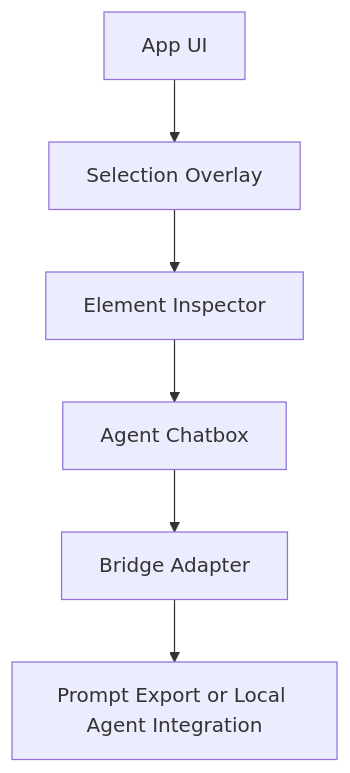
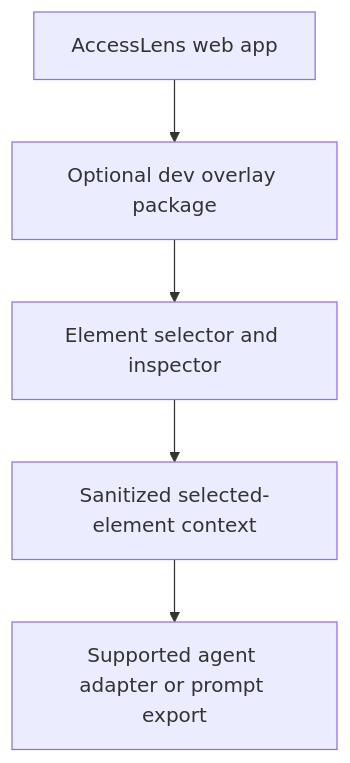
The fifth of 6 diagrams in docs/mindmap.md (rajbharshivani66-create/Accesslens-AI), drawn with Mermaid before and after one commit. The commit also changed other lines of this file and 61 other files, not shown here.

````diff
--- a/docs/mindmap.md
+++ b/docs/mindmap.md
@@ -127,8 +225,7 @@
 ```mermaid
 flowchart TB
-  A[App UI] --> B[Selection Overlay]
-  B --> C[Element Inspector]
-  C --> D[Agent Chatbox]
-  D --> E[Bridge Adapter]
-  E --> F[Prompt Export or Local Agent Integration]
+  App[AccessLens web app] --> Overlay[Optional dev overlay package]
+  Overlay --> Selector[Element selector and inspector]
+  Selector --> Context[Sanitized selected-element context]
+  Context --> Bridge[Supported agent adapter or prompt export]
 ```
````
